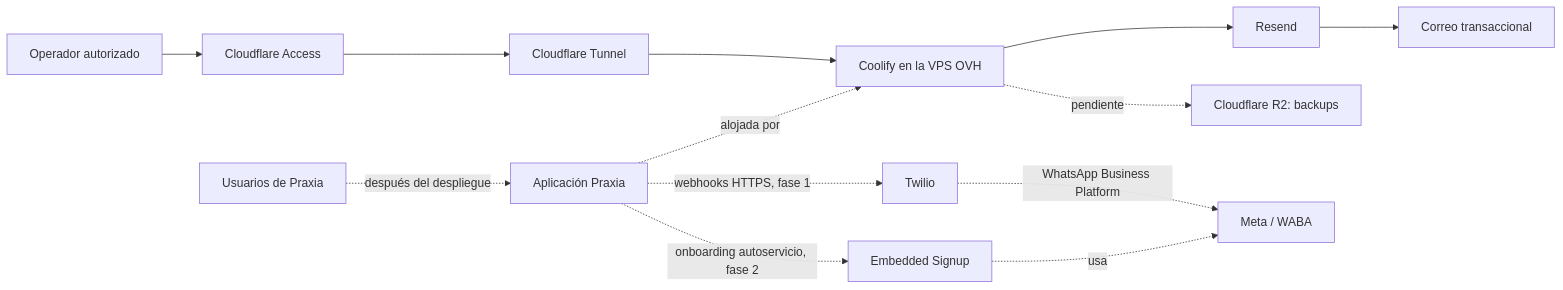
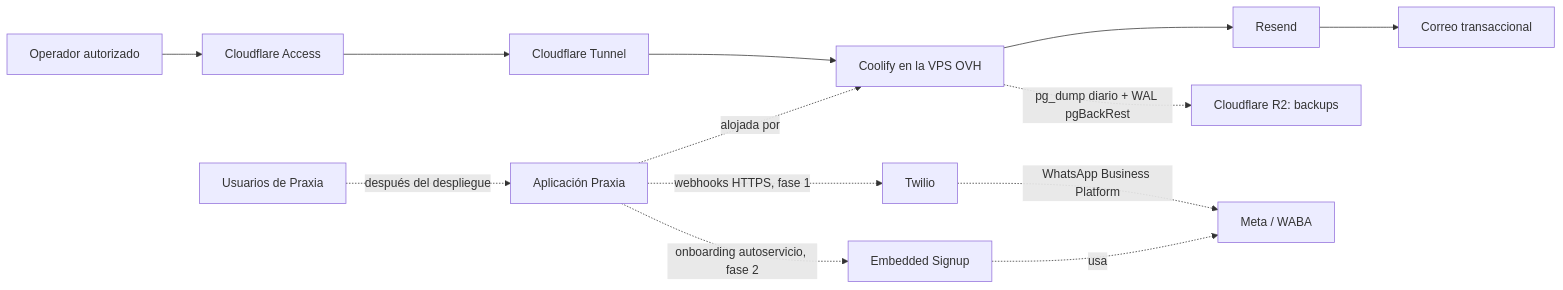
One commit to Kikeagv/apollo changed the diagram in docs/infrastructure/estado-infraestructura-produccion-2026-08-17.md. Above: the diagram before and after it, drawn with Mermaid. The commit also changed other lines of this file and 3 other files, not shown here.

````diff
--- a/docs/infrastructure/estado-infraestructura-produccion-2026-08-17.md
+++ b/docs/infrastructure/estado-infraestructura-produccion-2026-08-17.md
@@ -43,16 +43,16 @@
 ```mermaid
 flowchart LR
     A[Operador autorizado] --> CF[Cloudflare Access]
     CF --> T[Cloudflare Tunnel]
     T --> C[Coolify en la VPS OVH]
     C --> R[Resend]
     R --> M[Correo transaccional]
 
     U[Usuarios de Praxia] -. después del despliegue .-> APP[Aplicación Praxia]
     APP -. alojada por .-> C
-    C -. pendiente .-> R2[Cloudflare R2: backups]
+    C -. pg_dump diario + WAL pgBackRest .-> R2[Cloudflare R2: backups]
     APP -. webhooks HTTPS, fase 1 .-> TW[Twilio]
     TW -. WhatsApp Business Platform .-> META[Meta / WABA]
     APP -. onboarding autoservicio, fase 2 .-> ES[Embedded Signup]
     ES -. usa .-> META
 ```
````
